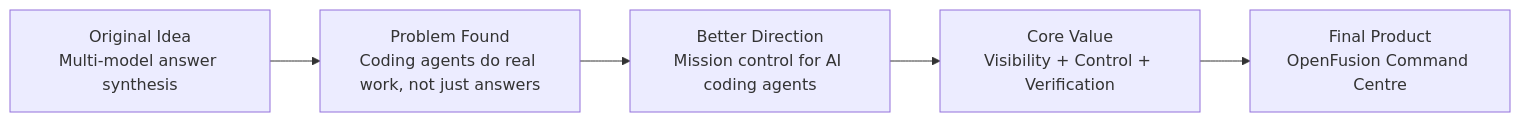
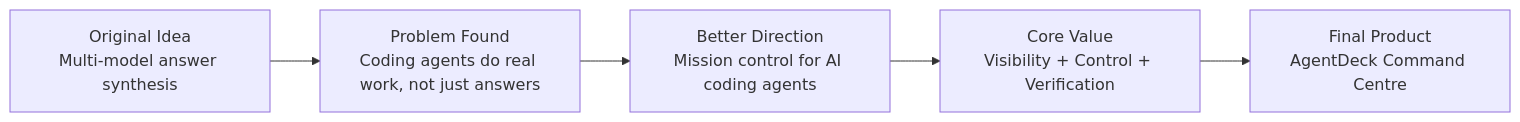
Before and after one commit to itsVijayCoder/agentDeck: the first of 23 diagrams in Docs/PRODUCT_EXPLAINER_WITH_DIAGRAM.md, drawn with Mermaid. The commit also changed other lines of this file and 86 other files, not shown here.

First line of the commit message:
refactor: rename project from openfusion to AgentDeck

````diff
--- a/Docs/PRODUCT_EXPLAINER_WITH_DIAGRAM.md
+++ b/Docs/PRODUCT_EXPLAINER_WITH_DIAGRAM.md
@@ -65,7 +65,7 @@
 ```mermaid
 flowchart LR
     A[Original Idea<br/>Multi-model answer synthesis] --> B[Problem Found<br/>Coding agents do real work, not just answers]
     B --> C[Better Direction<br/>Mission control for AI coding agents]
     C --> D[Core Value<br/>Visibility + Control + Verification]
-    D --> E[Final Product<br/>OpenFusion Command Centre]
+    D --> E[Final Product<br/>AgentDeck Command Centre]
 ```
````
